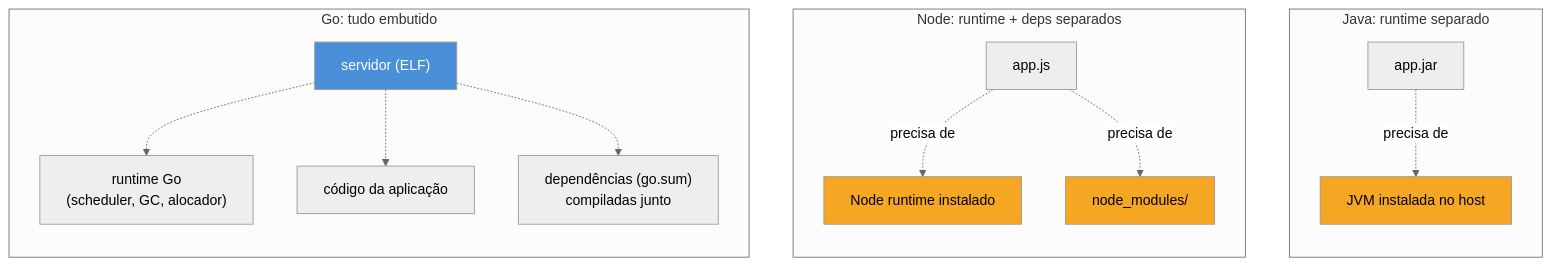
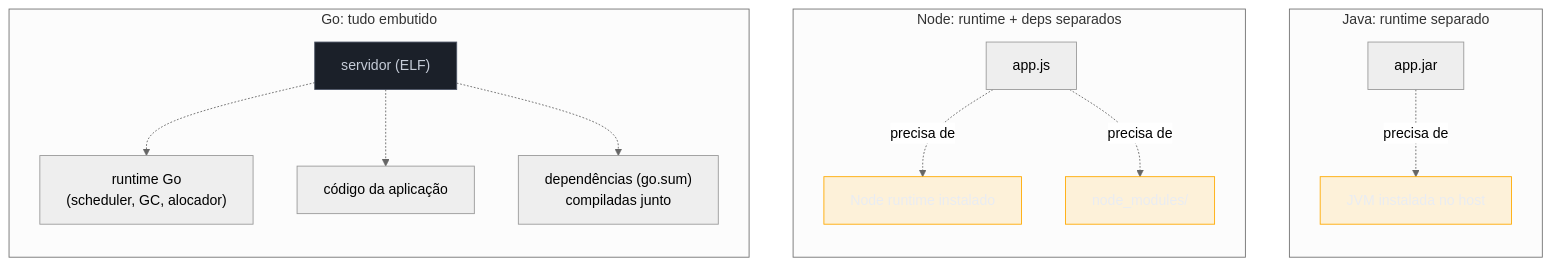
One commit to josenaldo/codex-technomanticus changed the first of 2 diagrams in 03-Dominios/Tecnologia/Go/18 - Cloud-native e produção/01 - O binário estático.md. Above: the diagram before and after it, drawn with Mermaid (neutral theme). The commit also changed other lines of this file and 1181 other files, not shown here.

First line of the commit message:
fix(diagramas): paleta do sistema no lugar de cor cravada no markdown

````diff
--- a/03-Dominios/Tecnologia/Go/18 - Cloud-native e produção/01 - O binário estático.md
+++ b/03-Dominios/Tecnologia/Go/18 - Cloud-native e produção/01 - O binário estático.md
@@ -42,24 +42,26 @@
 ```mermaid
 flowchart TB
+    classDef neutro fill:#1B2029,stroke:#4E5666,color:#C6CCD8
+    classDef destaque fill:#FFAA0024,stroke:#FFAA00,color:#E9ECF2
     subgraph Java["Java: runtime separado"]
         direction TB
         J1["app.jar"] -.->|"precisa de"| J2["JVM instalada no host"]
     end
     subgraph Node["Node: runtime + deps separados"]
         direction TB
         N1["app.js"] -.->|"precisa de"| N2["Node runtime instalado"]
         N1 -.->|"precisa de"| N3["node_modules/"]
     end
     subgraph Go["Go: tudo embutido"]
         direction TB
         G1["servidor (ELF)"]
         G1 -.-> G2["runtime Go\n(scheduler, GC, alocador)"]
         G1 -.-> G3["código da aplicação"]
         G1 -.-> G4["dependências (go.sum)\ncompiladas junto"]
     end
 
-    style G1 fill:#4A90D9,color:#fff
-    style J2 fill:#F5A623,color:#000
-    style N2 fill:#F5A623,color:#000
-    style N3 fill:#F5A623,color:#000
+    class G1 neutro
+    class J2 destaque
+    class N2 destaque
+    class N3 destaque
 ```
````
